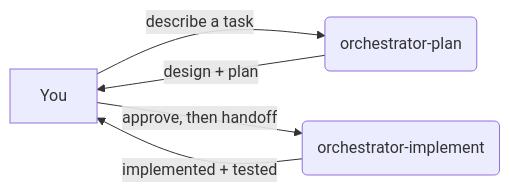
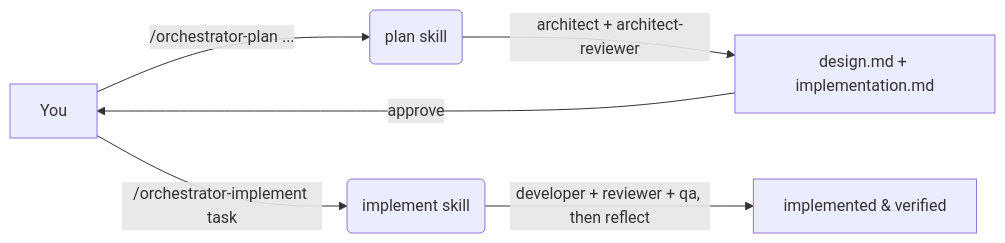
One commit to Vektor19/WhereToEat changed the diagram in ORCHESTRATION.md. Above: the diagram before and after it, drawn with Mermaid. The commit also changed other lines of this file and 22 other files, not shown here.

````diff
--- a/ORCHESTRATION.md
+++ b/ORCHESTRATION.md
@@ -15,7 +41,8 @@
 ```mermaid
 flowchart LR
-    U[You] -->|describe a task| P(orchestrator-plan)
-    P -->|design + plan| U
-    U -->|approve, then handoff| I(orchestrator-implement)
-    I -->|implemented + tested| U
+    U[You] -->|/orchestrator-plan ...| P(plan skill)
+    P -->|architect + architect-reviewer| D[design.md + implementation.md]
+    D -->|approve| U
+    U -->|/orchestrator-implement task| I(implement skill)
+    I -->|developer + reviewer + qa, then reflect| Done[implemented & verified]
 ```
````
